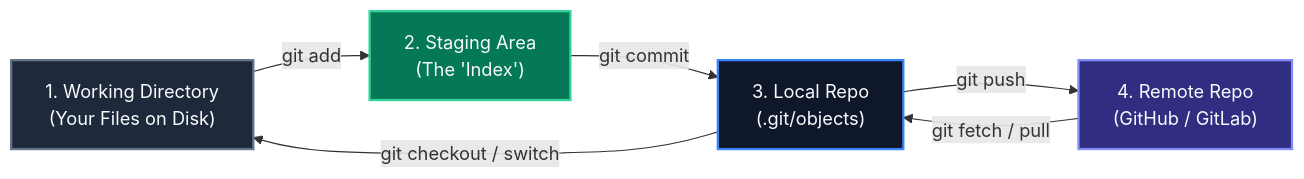
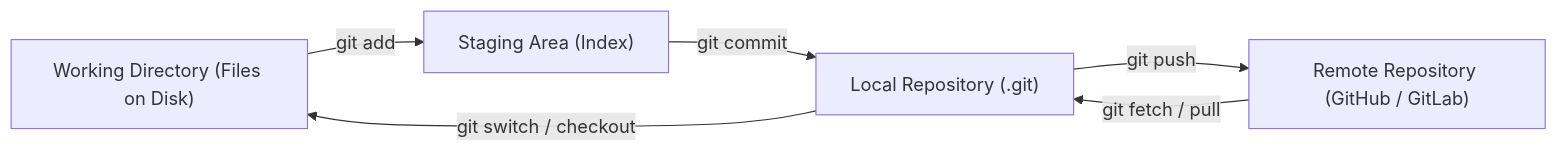
The second of 5 diagrams in content/roadmap/level-0/git-version-control.md (ravishankar2463/java_hub), drawn with Mermaid before and after one commit. The commit also changed other lines of this file and 119 other files, not shown here.

Commit message:
feat: add comprehensive java learning roadmap content across multiple levels

````diff
--- a/content/roadmap/level-0/git-version-control.md
+++ b/content/roadmap/level-0/git-version-control.md
@@ -51,13 +55,8 @@
 ```mermaid
 flowchart LR
-    WD["1. Working Directory<br/>(Your Files on Disk)"] -->|"git add"| SA["2. Staging Area<br/>(The 'Index')"]
-    SA -->|"git commit"| LR["3. Local Repo<br/>(.git/objects)"]
-    LR -->|"git push"| RR["4. Remote Repo<br/>(GitHub / GitLab)"]
+    WD["Working Directory (Files on Disk)"] -->|"git add"| SA["Staging Area (Index)"]
+    SA -->|"git commit"| LR["Local Repository (.git)"]
+    LR -->|"git push"| RR["Remote Repository (GitHub / GitLab)"]
     RR -->|"git fetch / pull"| LR
-    LR -->|"git checkout / switch"| WD
-    
-    style WD fill:#1e293b,stroke:#64748b,stroke-width:2px,color:#f8fafc
-    style SA fill:#047857,stroke:#34d399,stroke-width:2px,color:#f8fafc
-    style LR fill:#0f172a,stroke:#3b82f6,stroke-width:2px,color:#f8fafc
-    style RR fill:#312e81,stroke:#818cf8,stroke-width:2px,color:#f8fafc
+    LR -->|"git switch / checkout"| WD
 ```
````
